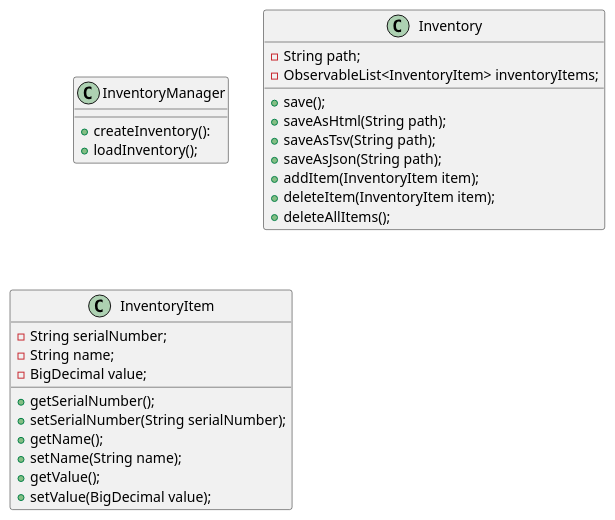
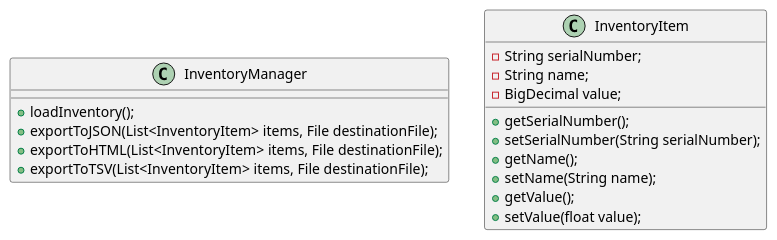
One commit to RyanTheGuyInSpace/hodge-app2 changed the diagram in docs/InventoryManagement.puml. Above: the diagram before and after it, drawn with PlantUML.

Commit message:
Updated UML diagram

```diff
--- a/docs/InventoryManagement.puml
+++ b/docs/InventoryManagement.puml
@@ -1,35 +1,23 @@
 @startuml
 
 class InventoryManager {
-
-    +createInventory():
     +loadInventory();
-}
-
-class Inventory {
-    -String path;
-    -ObservableList<InventoryItem> inventoryItems;
-
-    +save();
-    +saveAsHtml(String path);
-    +saveAsTsv(String path);
-    +saveAsJson(String path);
-    +addItem(InventoryItem item);
-    +deleteItem(InventoryItem item);
-    +deleteAllItems();
+    +exportToJSON(List<InventoryItem> items, File destinationFile);
+    +exportToHTML(List<InventoryItem> items, File destinationFile);
+    +exportToTSV(List<InventoryItem> items, File destinationFile);
 }
 
 class InventoryItem {
     -String serialNumber;
     -String name;
     -BigDecimal value;
 
     +getSerialNumber();
     +setSerialNumber(String serialNumber);
     +getName();
     +setName(String name);
     +getValue();
-    +setValue(BigDecimal value);
+    +setValue(float value);
 }
 
 @enduml
```
